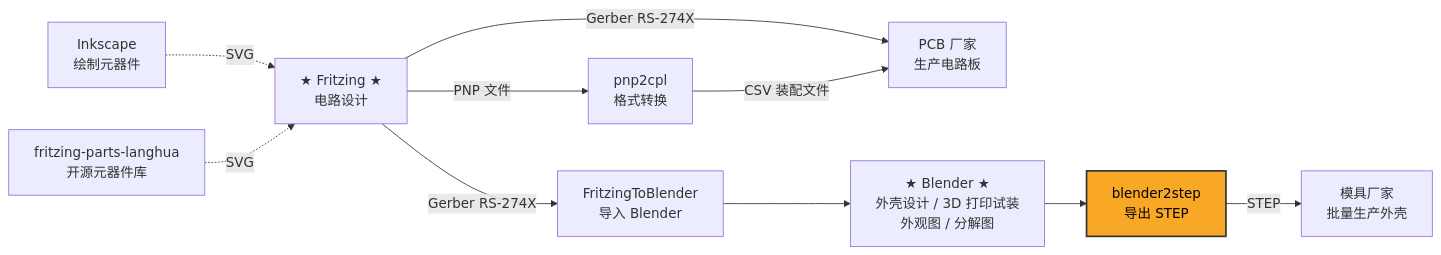
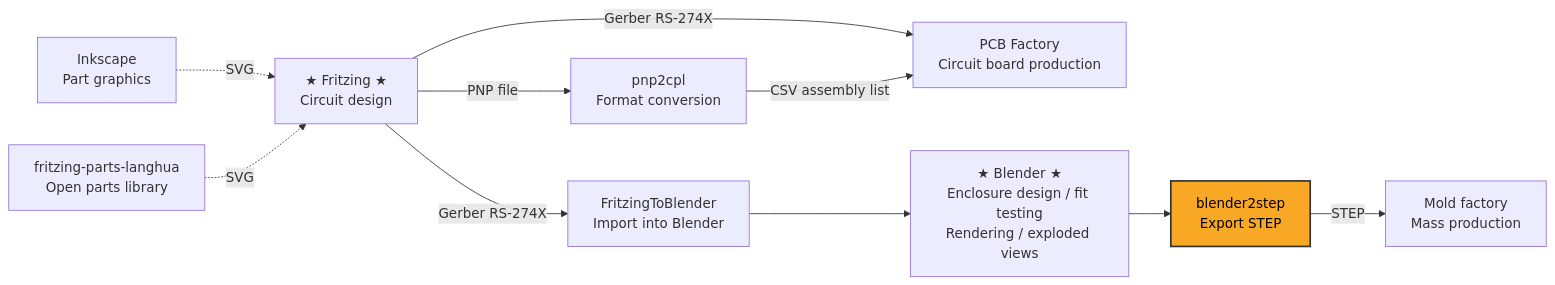
One commit to langhua/blender2step changed the diagram in README.md. Above: the diagram before and after it, drawn with Mermaid. The commit also changed other lines of this file and 1 other file, not shown here.

````diff
--- a/README.md
+++ b/README.md
@@ -14,12 +14,12 @@
 ```mermaid
 flowchart LR
-    A[★ Fritzing ★<br/>电路设计] -->|Gerber RS-274X| B[PCB 厂家<br/>生产电路板]
-    A -->|PNP 文件| C[pnp2cpl<br/>格式转换] -->|CSV 装配文件| B
-    A -->|Gerber RS-274X| D[FritzingToBlender<br/>导入 Blender] --> E[★ Blender ★<br/>外壳设计 / 3D 打印试装<br/>外观图 / 分解图]
-    E --> F[blender2step<br/>导出 STEP] -->|STEP| G[模具厂家<br/>批量生产外壳]
+    A[★ Fritzing ★<br/>Circuit design] -->|Gerber RS-274X| B[PCB Factory<br/>Circuit board production]
+    A -->|PNP file| C[pnp2cpl<br/>Format conversion] -->|CSV assembly list| B
+    A -->|Gerber RS-274X| D[FritzingToBlender<br/>Import into Blender] --> E[★ Blender ★<br/>Enclosure design / fit testing<br/>Rendering / exploded views]
+    E --> F[blender2step<br/>Export STEP] -->|STEP| G[Mold factory<br/>Mass production]
 
-    H[Inkscape<br/>绘制元器件] -.->|SVG| A
-    I[fritzing-parts-langhua<br/>开源元器件库] -.->|SVG| A
+    H[Inkscape<br/>Part graphics] -.->|SVG| A
+    I[fritzing-parts-langhua<br/>Open parts library] -.->|SVG| A
 
     style F fill:#f9a825,stroke:#333,stroke-width:2px,color:#000,font-size:16px
 ```
````
